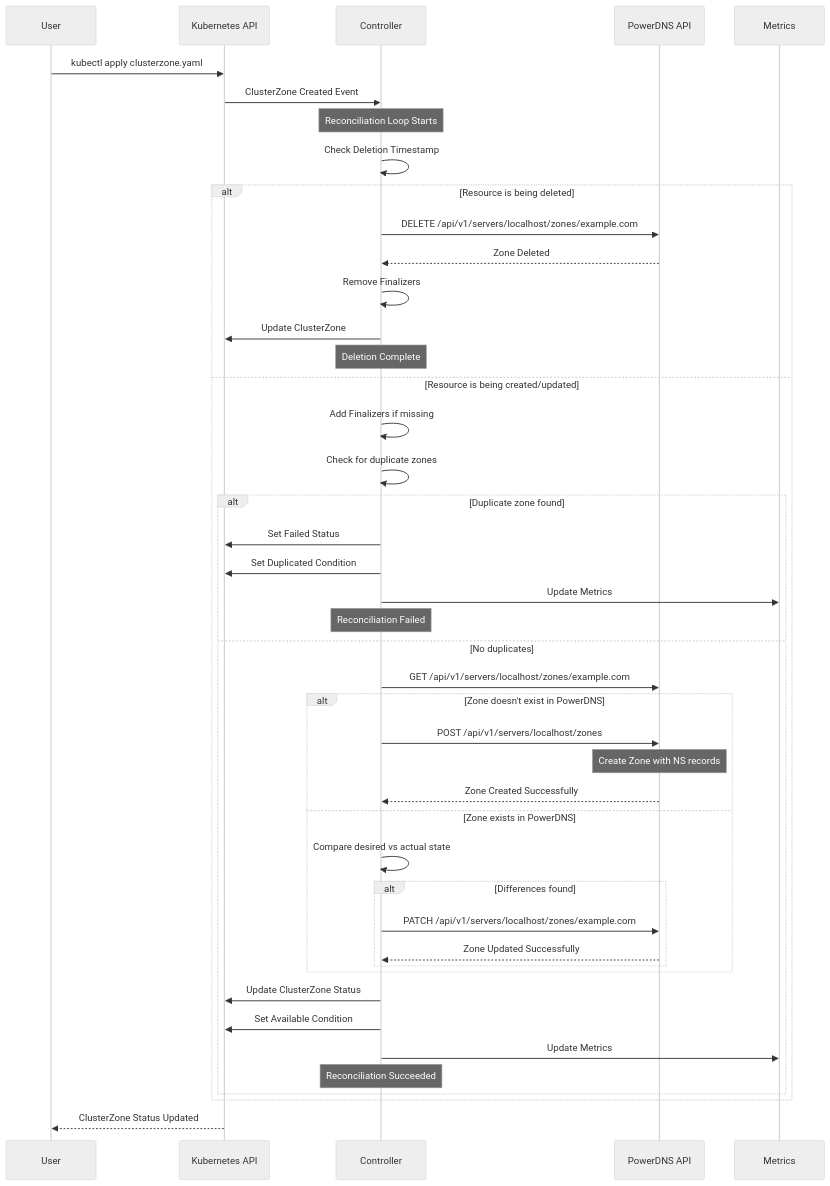
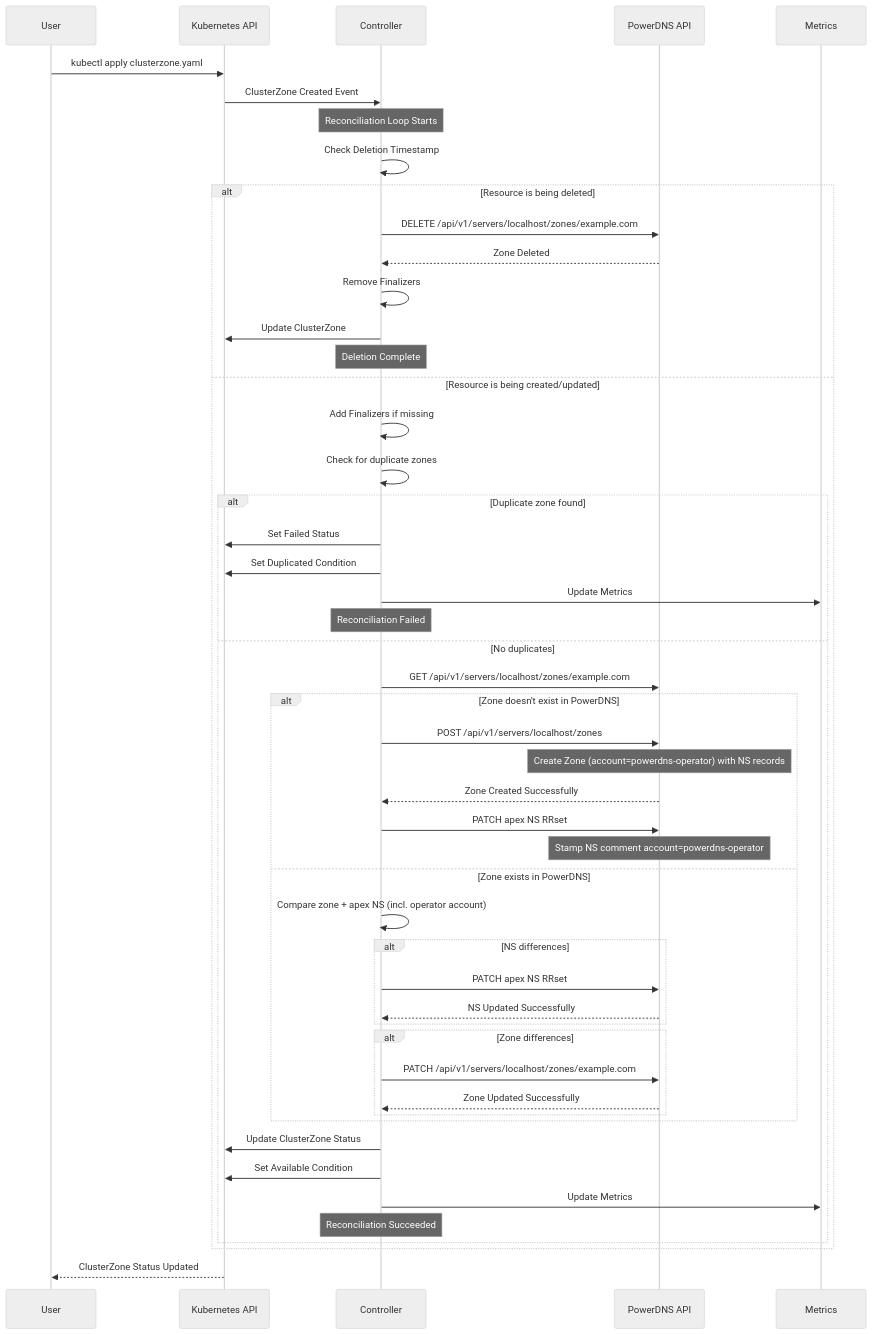
Before and after one commit to powerdns-operator/PowerDNS-Operator: the diagram in docs/guides/clusterzones.md, drawn with Mermaid (neutral theme). The commit also changed 35 other files, not shown here.

````diff
--- a/docs/guides/clusterzones.md
+++ b/docs/guides/clusterzones.md
@@ -34,53 +34,59 @@
 ```mermaid
 sequenceDiagram
     participant U as User
     participant K as Kubernetes API
     participant C as Controller
     participant P as PowerDNS API
     participant M as Metrics
     
     U->>K: kubectl apply clusterzone.yaml
     K->>C: ClusterZone Created Event
     
     Note over C: Reconciliation Loop Starts
     C->>C: Check Deletion Timestamp
     
     alt Resource is being deleted
         C->>P: DELETE /api/v1/servers/localhost/zones/example.com
         P-->>C: Zone Deleted
         C->>C: Remove Finalizers
         C->>K: Update ClusterZone
         Note over C: Deletion Complete
     else Resource is being created/updated
         C->>C: Add Finalizers if missing
         C->>C: Check for duplicate zones
         
         alt Duplicate zone found
             C->>K: Set Failed Status
             C->>K: Set Duplicated Condition
             C->>M: Update Metrics
             Note over C: Reconciliation Failed
         else No duplicates
             C->>P: GET /api/v1/servers/localhost/zones/example.com
             
             alt Zone doesn't exist in PowerDNS
                 C->>P: POST /api/v1/servers/localhost/zones
-                Note over P: Create Zone with NS records
+                Note over P: Create Zone (account=powerdns-operator) with NS records
                 P-->>C: Zone Created Successfully
+                C->>P: PATCH apex NS RRset
+                Note over P: Stamp NS comment account=powerdns-operator
             else Zone exists in PowerDNS
-                C->>C: Compare desired vs actual state
-                alt Differences found
+                C->>C: Compare zone + apex NS (incl. operator account)
+                alt NS differences
+                    C->>P: PATCH apex NS RRset
+                    P-->>C: NS Updated Successfully
+                end
+                alt Zone differences
                     C->>P: PATCH /api/v1/servers/localhost/zones/example.com
                     P-->>C: Zone Updated Successfully
                 end
             end
             
             C->>K: Update ClusterZone Status
             C->>K: Set Available Condition
             C->>M: Update Metrics
             Note over C: Reconciliation Succeeded
         end
     end
     
     K-->>U: ClusterZone Status Updated
 ```
````
